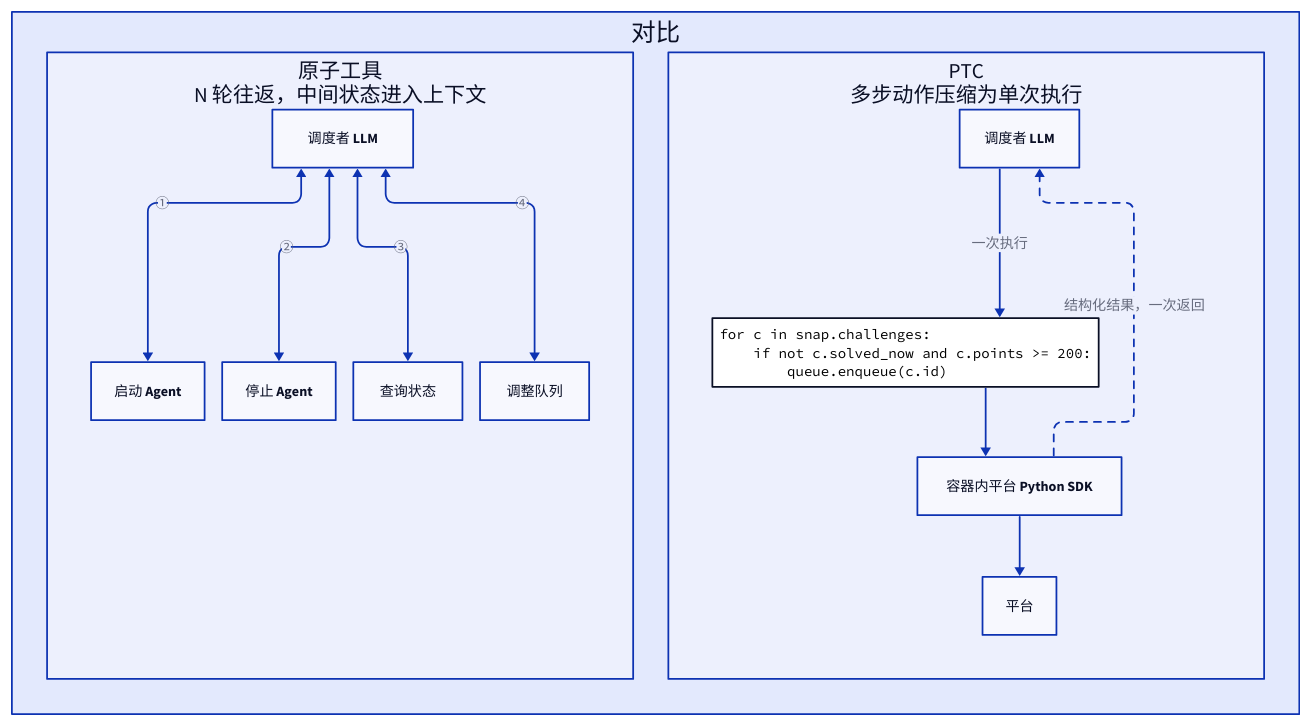
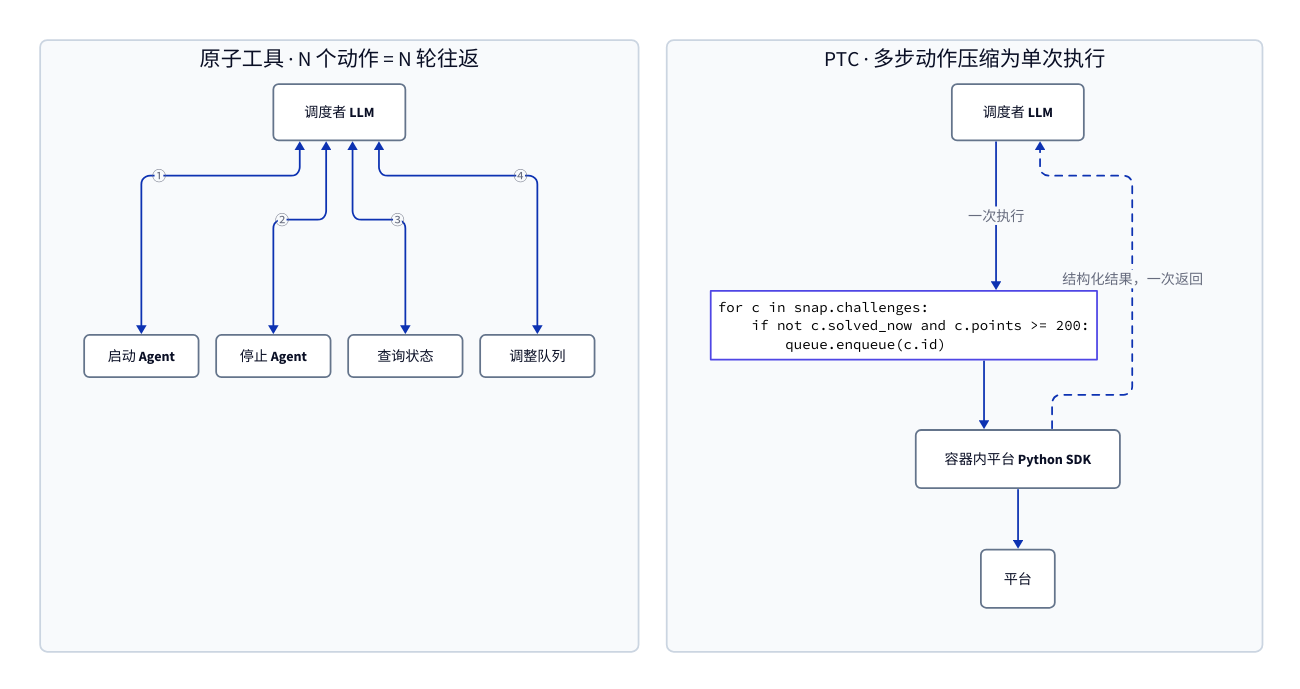
Before and after one commit to fangtimmy/aegisx: the diagram in docs/figures/fig3-ptc-vs-tools.d2, drawn with D2. The commit also changed 17 other files, not shown here.

Commit message:
docs: redraw the report figures — grid alignment, container-level direct connectors, unified gray-white style with a single accent color; figure 5 rebuilt as a horizontal pipeline

```diff
--- a/docs/figures/fig3-ptc-vs-tools.d2
+++ b/docs/figures/fig3-ptc-vs-tools.d2
@@ -1,34 +1,73 @@
+direction: right
 vars: { d2-config: { layout-engine: elk } }
 
-对比: {
+classes: {
+  box: {
+    style: {
+      fill: "#ffffff"
+      stroke: "#64748b"
+      border-radius: 6
+    }
+  }
+  key: {
+    style: {
+      fill: "#eef2ff"
+      stroke: "#4f46e5"
+      border-radius: 6
+    }
+  }
+  grp: {
+    style: {
+      fill: "#f8fafc"
+      stroke: "#cbd5e1"
+      border-radius: 8
+    }
+  }
+}
+
+对比: "" {
+  style.stroke-width: 0
+  style.fill: "#ffffff"
   grid-rows: 1
   grid-columns: 2
-  grid-gap: 40
+  grid-gap: 32
 
-  原子工具: "原子工具\nN 轮往返，中间状态进入上下文" {
-    llm: "调度者 LLM"
-    t1: "启动 Agent"
-    t2: "停止 Agent"
-    t3: "查询状态"
-    t4: "调整队列"
+  原子工具: "原子工具 · N 个动作 = N 轮往返" {
+    class: grp
+    llm: "调度者 LLM" {
+      class: box
+      width: 150
+      height: 64
+    }
+    t1: "启动 Agent" {class: box; width: 130; height: 48}
+    t2: "停止 Agent" {class: box; width: 130; height: 48}
+    t3: "查询状态" {class: box; width: 130; height: 48}
+    t4: "调整队列" {class: box; width: 130; height: 48}
 
     llm <-> t1: "①"
     llm <-> t2: "②"
     llm <-> t3: "③"
     llm <-> t4: "④"
   }
 
-  PTC: "PTC\n多步动作压缩为单次执行" {
-    llm: "调度者 LLM"
+  PTC: "PTC · 多步动作压缩为单次执行" {
+    class: grp
+    llm: "调度者 LLM" {
+      class: box
+      width: 150
+      height: 64
+    }
     script: "for c in snap.challenges:\n    if not c.solved_now and c.points >= 200:\n        queue.enqueue(c.id)" {
+      class: key
       shape: code
+      width: 420
     }
-    sdk: "容器内平台 Python SDK"
-    api: "平台"
+    sdk: "容器内平台 Python SDK" {class: box}
+    api: "平台" {class: box}
 
     llm -> script: "一次执行"
     script -> sdk
     sdk -> api
     sdk -> llm: "结构化结果，一次返回" {style.stroke-dash: 4}
   }
 }
```
